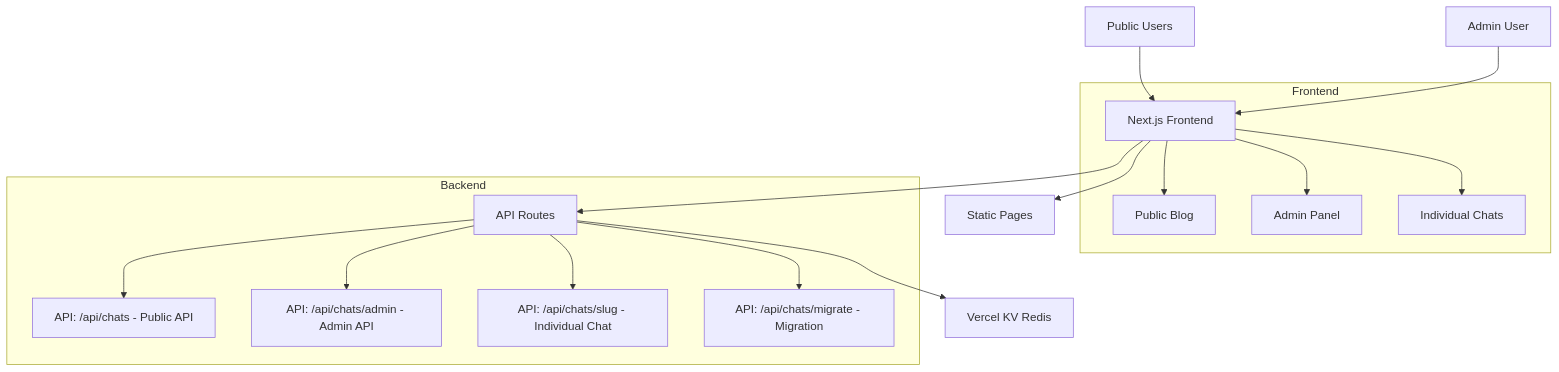
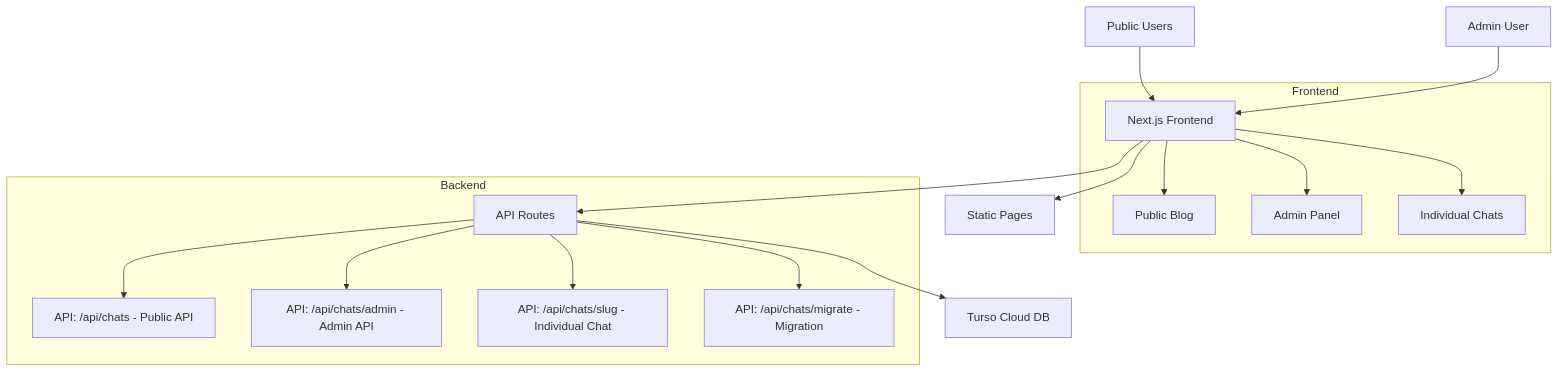
Before and after one commit to CodeDreamer06/Prompt-Journal: the diagram in README.md, drawn with Mermaid. The commit also changed other lines of this file and 14 other files, not shown here.

````diff
--- a/README.md
+++ b/README.md
@@ -80,21 +80,21 @@
 ```mermaid
 graph TB
     A[Public Users] --> B[Next.js Frontend]
     C[Admin User] --> B
     B --> D[API Routes]
-    D --> E[Vercel KV Redis]
+    D --> E[Turso Cloud DB]
     B --> F[Static Pages]
     
     subgraph "Frontend"
         B --> G[Public Blog]
         B --> H[Admin Panel]
         B --> I[Individual Chats]
     end
     
     subgraph "Backend"
         D --> J["API: /api/chats - Public API"]
         D --> K["API: /api/chats/admin - Admin API"]
         D --> L["API: /api/chats/slug - Individual Chat"]
         D --> M["API: /api/chats/migrate - Migration"]
     end
 ```
````
